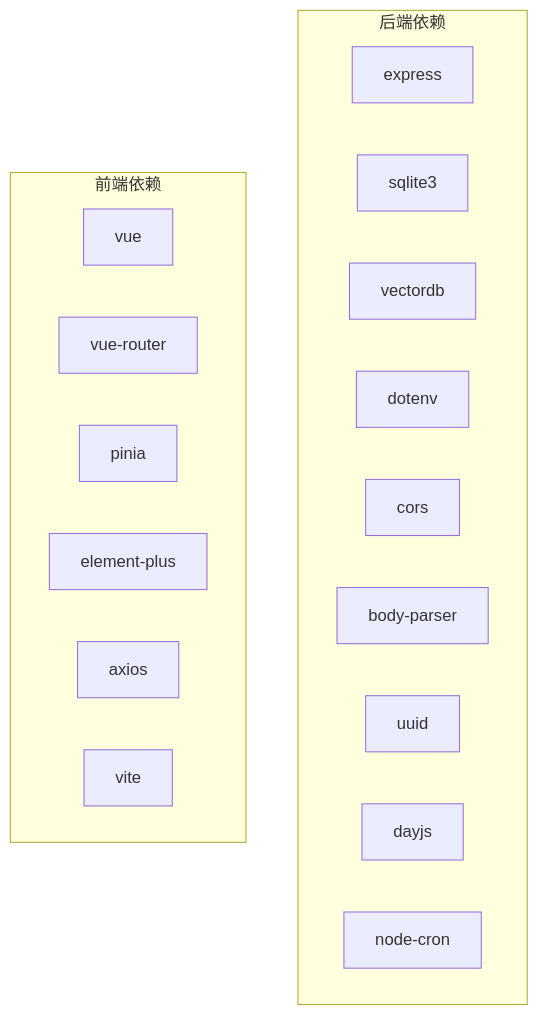
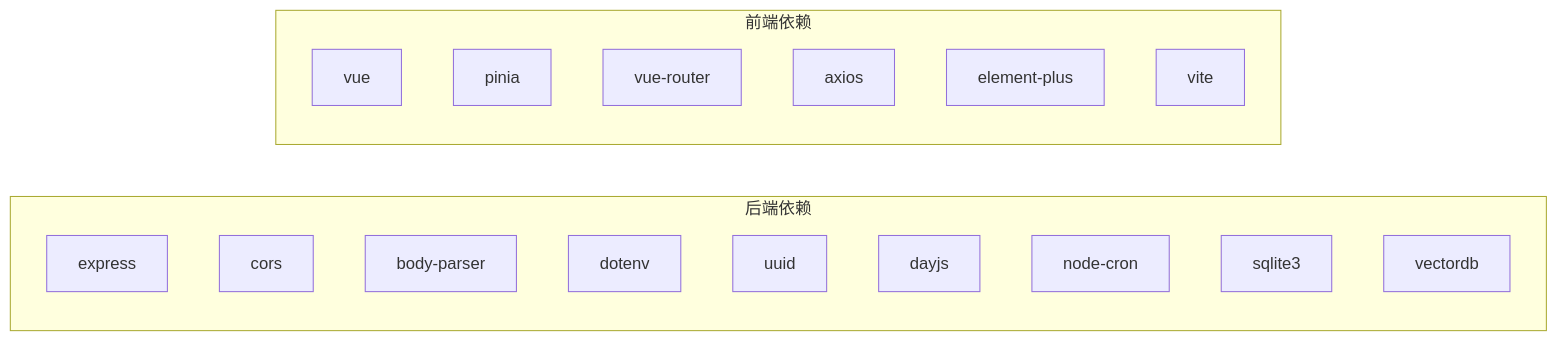
The third of 3 diagrams in NL2SQL/.qoder/repowiki/zh/content/快速开始.md (HanHuiOnLine/724-office), drawn with Mermaid before and after one commit. The commit also changed other lines of this file and 207 other files, not shown here.

````diff
--- a/NL2SQL/.qoder/repowiki/zh/content/快速开始.md
+++ b/NL2SQL/.qoder/repowiki/zh/content/快速开始.md
@@ -248,22 +206,22 @@
 ```mermaid
-graph TB
+graph LR
 subgraph "后端依赖"
-BE_Express["express"]
-BE_SQLite["sqlite3"]
-BE_Vector["vectordb"]
-BE_Dotenv["dotenv"]
-BE_CORS["cors"]
-BE_BodyParser["body-parser"]
-BE_UUID["uuid"]
-BE_DayJS["dayjs"]
-BE_Cron["node-cron"]
+NPM_Express["express"]
+NPM_CORS["cors"]
+NPM_BodyParser["body-parser"]
+NPM_Dotenv["dotenv"]
+NPM_UUID["uuid"]
+NPM_DayJS["dayjs"]
+NPM_Cron["node-cron"]
+NPM_SQLite3["sqlite3"]
+NPM_VectorDB["vectordb"]
 end
 subgraph "前端依赖"
 FE_Vue["vue"]
+FE_Pinia["pinia"]
 FE_Router["vue-router"]
-FE_Pinia["pinia"]
-FE_Element["element-plus"]
 FE_Axios["axios"]
+FE_ElementPlus["element-plus"]
 FE_Vite["vite"]
 end
 ```
````
